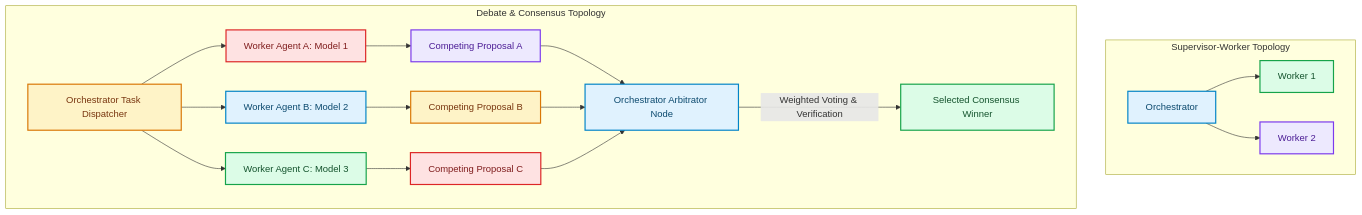
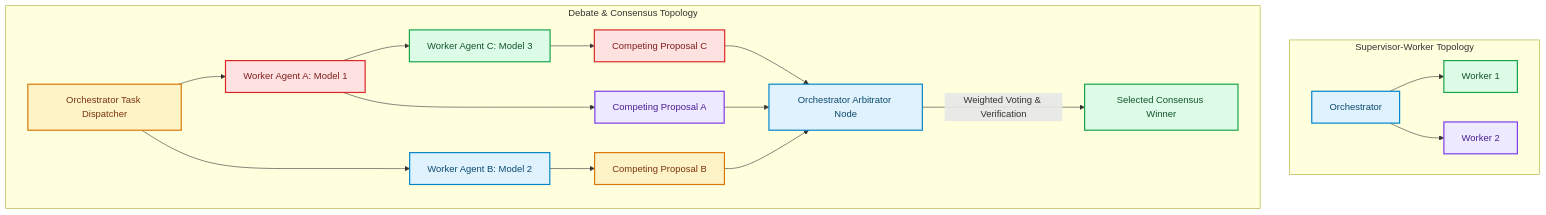
One commit to akmalkhaniub/akmalkhaniub.github.io changed the diagram in blog/posts/orchestrator-consensus-voting-arbitrator-topologies.md. Above: the diagram before and after it, drawn with Mermaid. The commit also changed other lines of this file and 894 other files, not shown here.

Commit message:
feat(blog): upgrade all 444 posts with unique staggered dates, 2-col Mermaid spines, benchmark tables, code blocks, and trade-offs

````diff
--- a/blog/posts/orchestrator-consensus-voting-arbitrator-topologies.md
+++ b/blog/posts/orchestrator-consensus-voting-arbitrator-topologies.md
@@ -13,30 +13,30 @@
 ```mermaid
 flowchart TD
   subgraph SG1_SupervisorWorkerTopology ["Supervisor-Worker Topology"]
     A["Orchestrator"] --> B["Worker 1"]
     A --> C["Worker 2"]
   end
   subgraph SG2_DebateConsensusTopology ["Debate & Consensus Topology"]
     D["Orchestrator Task Dispatcher"] --> E["Worker Agent A: Model 1"]
     D --> F["Worker Agent B: Model 2"]
-    D --> G["Worker Agent C: Model 3"]
+    E --> G["Worker Agent C: Model 3"]
     E --> H["Competing Proposal A"]
     F --> I["Competing Proposal B"]
     G --> J["Competing Proposal C"]
     H --> K["Orchestrator Arbitrator Node"]
     I --> K
     J --> K
     K -->|Weighted Voting & Verification| L["Selected Consensus Winner"]
   end
 
 classDef green fill:#dcfce7,stroke:#16a34a,stroke-width:2px,color:#14532d;
 classDef red fill:#fee2e2,stroke:#dc2626,stroke-width:2px,color:#7f1d1d;
 classDef blue fill:#e0f2fe,stroke:#0284c7,stroke-width:2px,color:#0c4a6e;
 classDef yellow fill:#fef3c7,stroke:#d97706,stroke-width:2px,color:#78350f;
 classDef purple fill:#ede9fe,stroke:#7c3aed,stroke-width:2px,color:#4c1d95;
 class A,F,K blue
 class B,G,L green
 class C,H purple
 class D,I yellow
 class E,J red
 ```
````
